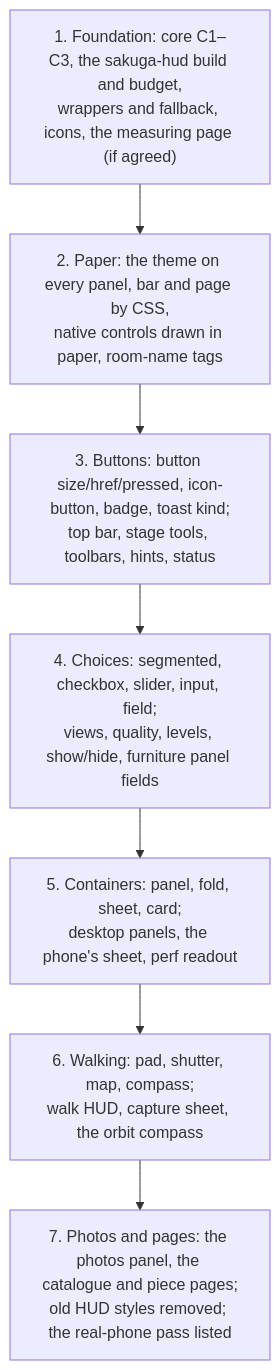
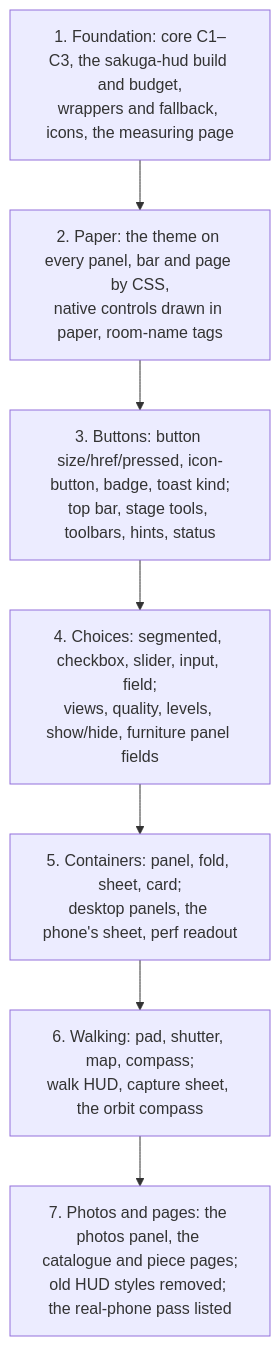
One commit to NNTin/my-home changed the fifth of 5 diagrams in docs/design/hud.md. Above: the diagram before and after it, drawn with Mermaid. The commit also changed other lines of this file, not shown here.

First line of the commit message:
docs(hud): the measuring page is agreed, built in #168's first PR (#167)

````diff
--- a/docs/design/hud.md
+++ b/docs/design/hud.md
@@ -786,10 +786,10 @@
 ```mermaid
 graph TD
-  p1["1. Foundation: core C1–C3, the sakuga-hud build and budget,<br/>wrappers and fallback, icons, the measuring page (if agreed)"] --> p2
+  p1["1. Foundation: core C1–C3, the sakuga-hud build and budget,<br/>wrappers and fallback, icons, the measuring page"] --> p2
   p2["2. Paper: the theme on every panel, bar and page by CSS,<br/>native controls drawn in paper, room-name tags"] --> p3
   p3["3. Buttons: button size/href/pressed, icon-button, badge, toast kind;<br/>top bar, stage tools, toolbars, hints, status"] --> p4
   p4["4. Choices: segmented, checkbox, slider, input, field;<br/>views, quality, levels, show/hide, furniture panel fields"] --> p5
   p5["5. Containers: panel, fold, sheet, card;<br/>desktop panels, the phone's sheet, perf readout"] --> p6
   p6["6. Walking: pad, shutter, map, compass;<br/>walk HUD, capture sheet, the orbit compass"] --> p7
   p7["7. Photos and pages: the photos panel, the catalogue and piece pages;<br/>old HUD styles removed; the real-phone pass listed"]
 ```
````
